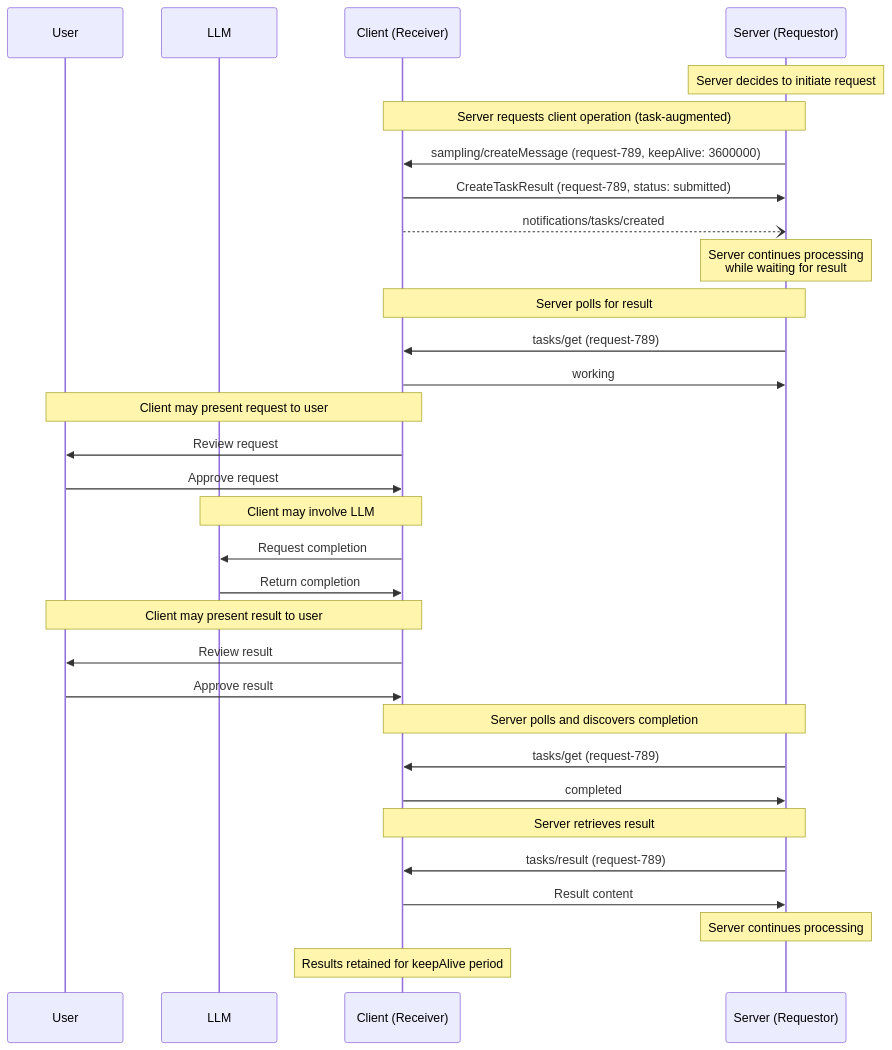
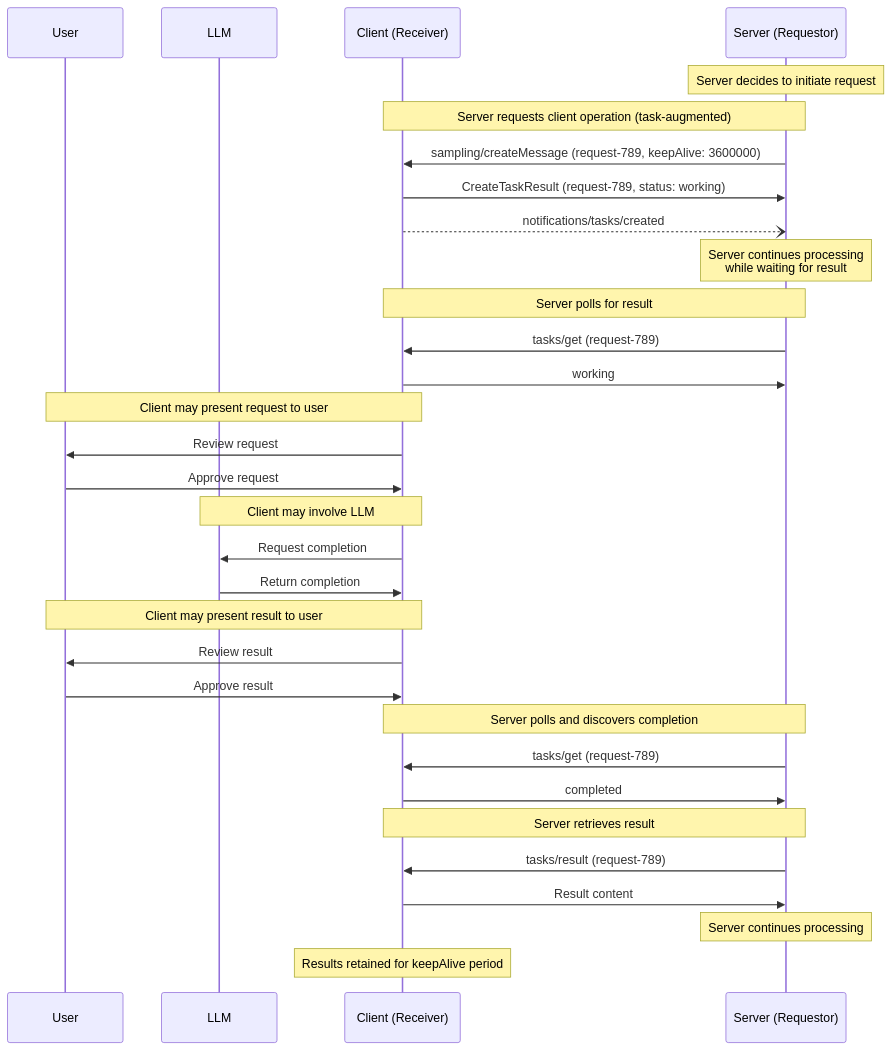
Before and after one commit to scottslewis/modelcontextprotocol: the fourth of 6 diagrams in docs/specification/draft/basic/utilities/tasks.mdx, drawn with Mermaid. The commit also changed other lines of this file and 3 other files, not shown here.

````diff
--- a/docs/specification/draft/basic/utilities/tasks.mdx
+++ b/docs/specification/draft/basic/utilities/tasks.mdx
@@ -540,44 +531,44 @@
 ```mermaid
 sequenceDiagram
     participant U as User
     participant LLM
     participant C as Client (Receiver)
     participant S as Server (Requestor)
 
     Note over S: Server decides to initiate request
 
     Note over S,C: Server requests client operation (task-augmented)
     S->>C: sampling/createMessage (request-789, keepAlive: 3600000)
-    C->>S: CreateTaskResult (request-789, status: submitted)
+    C->>S: CreateTaskResult (request-789, status: working)
     C--)S: notifications/tasks/created
 
     Note over S: Server continues processing<br/>while waiting for result
 
     Note over S,C: Server polls for result
     S->>C: tasks/get (request-789)
     C->>S: working
 
     Note over C,U: Client may present request to user
     C->>U: Review request
     U->>C: Approve request
 
     Note over C,LLM: Client may involve LLM
     C->>LLM: Request completion
     LLM->>C: Return completion
 
     Note over C,U: Client may present result to user
     C->>U: Review result
     U->>C: Approve result
 
     Note over S,C: Server polls and discovers completion
     S->>C: tasks/get (request-789)
     C->>S: completed
 
     Note over S,C: Server retrieves result
     S->>C: tasks/result (request-789)
     C->>S: Result content
 
     Note over S: Server continues processing
 
     Note over C: Results retained for keepAlive period
 ```
````
